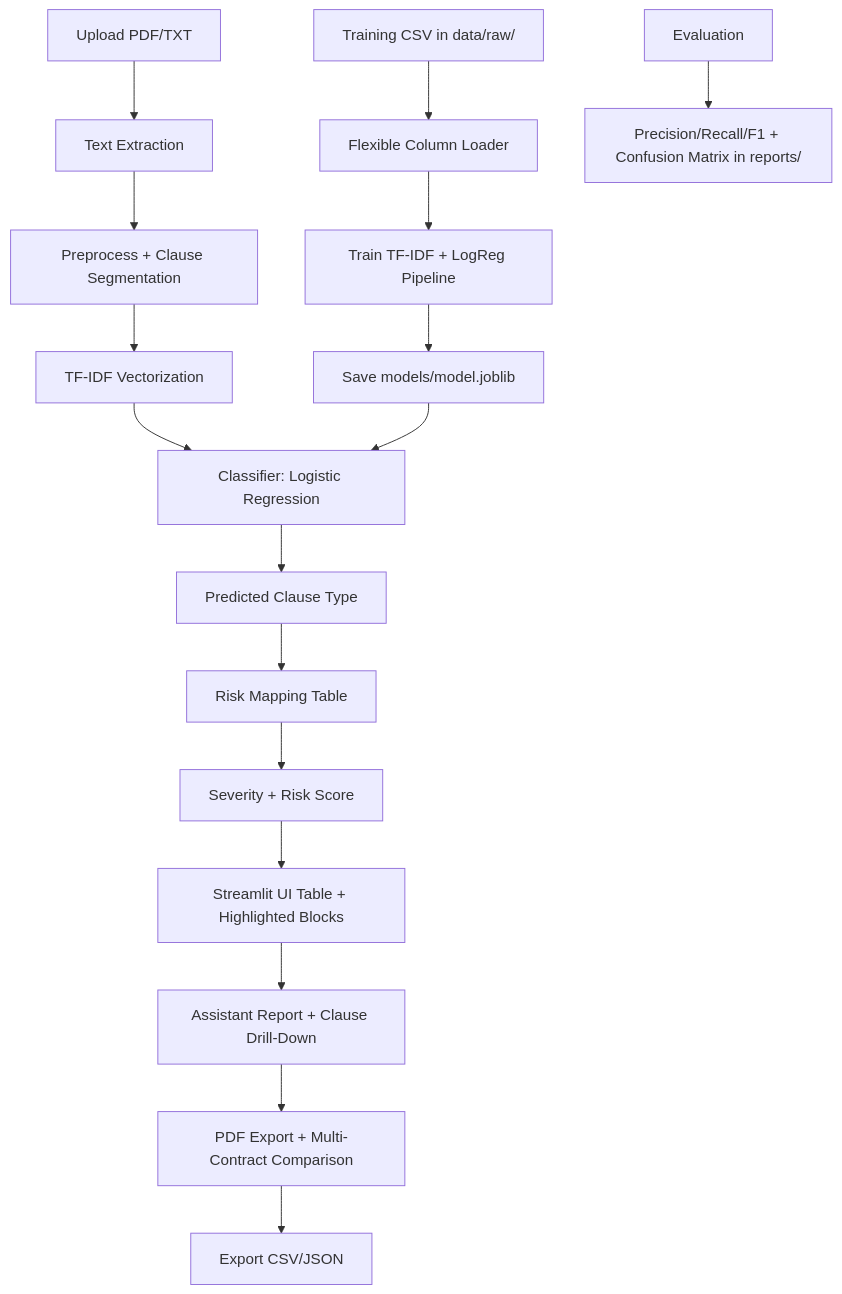
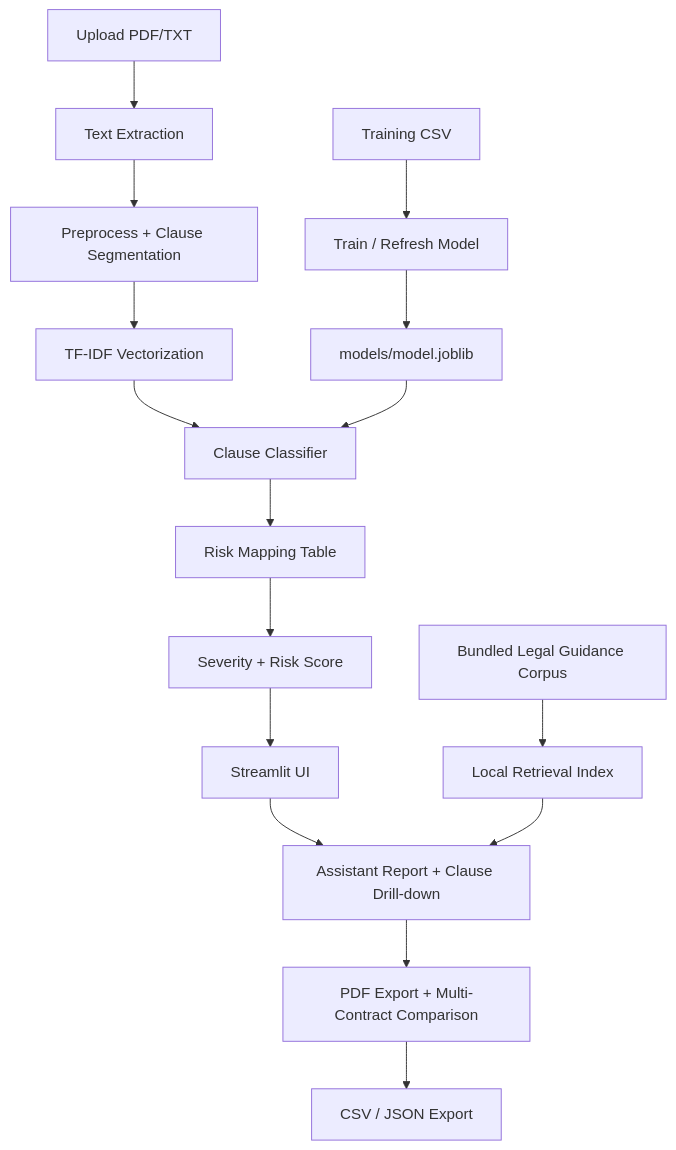
Before and after one commit to DevaanshKathuria/DABB.ai: the diagram in README.md, drawn with Mermaid. The commit also changed other lines of this file, not shown here.

Commit message:
Refresh Milestone 2 README

````diff
--- a/README.md
+++ b/README.md
@@ -55,21 +37,20 @@
 ```mermaid
 flowchart TD
     A[Upload PDF/TXT] --> B[Text Extraction]
     B --> C[Preprocess + Clause Segmentation]
     C --> D[TF-IDF Vectorization]
-    D --> E[Classifier: Logistic Regression]
-    E --> F[Predicted Clause Type]
-    F --> G[Risk Mapping Table]
-    G --> H[Severity + Risk Score]
-    H --> I[Streamlit UI Table + Highlighted Blocks]
-    I --> J[Assistant Report + Clause Drill-Down]
-    J --> K[PDF Export + Multi-Contract Comparison]
-    K --> L[Export CSV/JSON]
+    D --> E[Clause Classifier]
+    E --> F[Risk Mapping Table]
+    F --> G[Severity + Risk Score]
+    G --> H[Streamlit UI]
+    H --> I[Assistant Report + Clause Drill-down]
+    I --> J[PDF Export + Multi-Contract Comparison]
+    J --> K[CSV / JSON Export]
 
-    M[Training CSV in data/raw/] --> N[Flexible Column Loader]
-    N --> O[Train TF-IDF + LogReg Pipeline]
-    O --> P[Save models/model.joblib]
+    L[Bundled Legal Guidance Corpus] --> M[Local Retrieval Index]
+    M --> I
+
+    N[Training CSV] --> O[Train / Refresh Model]
+    O --> P[models/model.joblib]
     P --> E
-
-    Q[Evaluation] --> R[Precision/Recall/F1 + Confusion Matrix in reports/]
 ```
````
